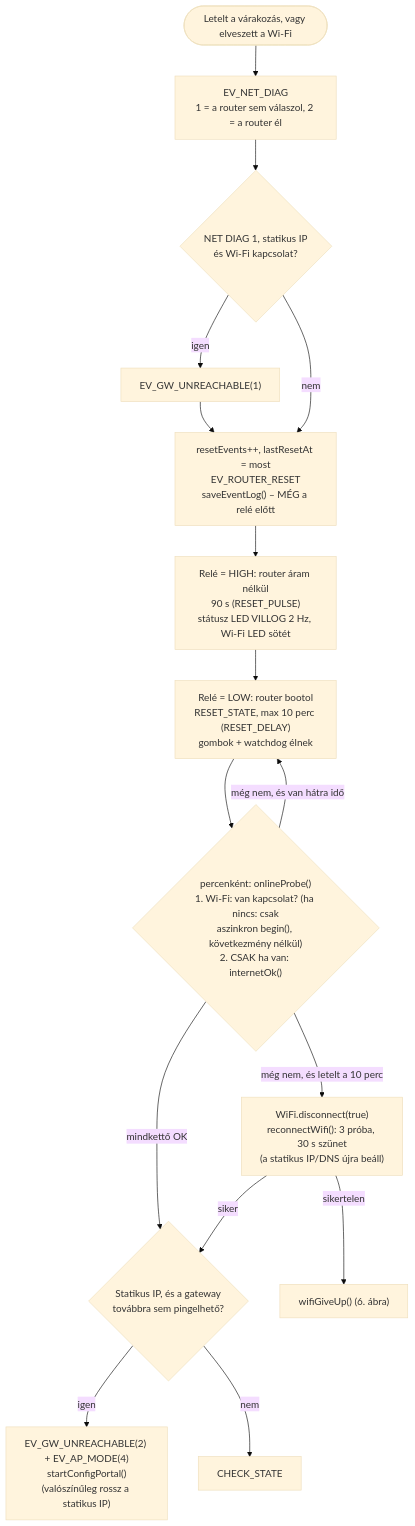
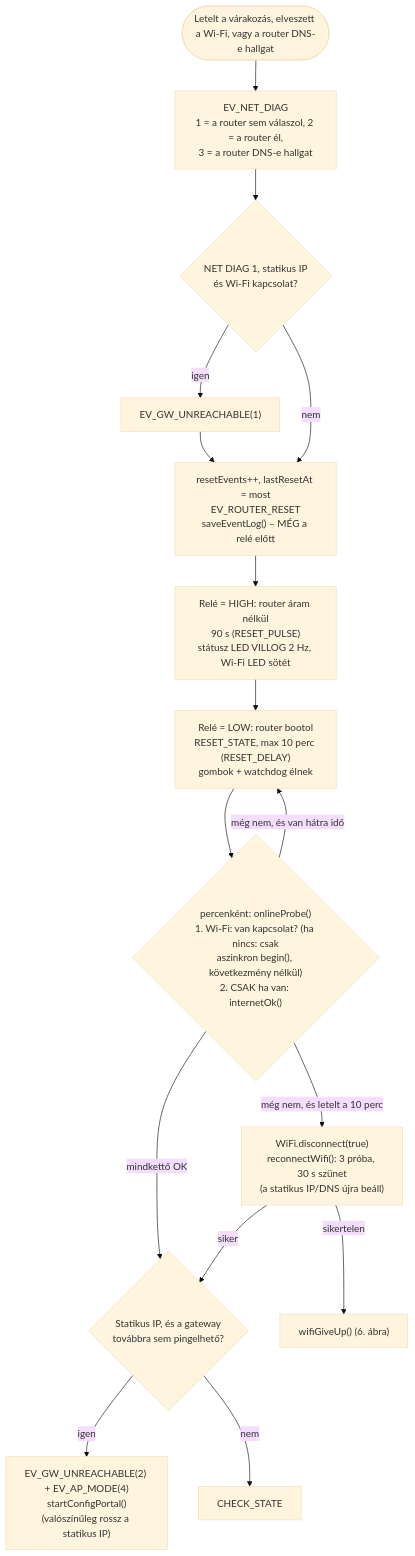
Before and after one commit to manszabi/bazsi-router-reboot: the sixth of 10 diagrams in FOLYAMATABRA.md, drawn with Mermaid (base theme). The commit also changed other lines of this file and 17 other files, not shown here.

First line of the commit message:
feat: a router DNS-enek ellenorzese

````diff
--- a/FOLYAMATABRA.md
+++ b/FOLYAMATABRA.md
@@ -177,17 +197,17 @@
 ```mermaid
 flowchart TD
-    IN([Letelt a várakozás, vagy elveszett a Wi-Fi]) --> D["EV_NET_DIAG<br>1 = a router sem válaszol, 2 = a router él"]
+    IN([Letelt a várakozás, elveszett a Wi-Fi, vagy a router DNS-e hallgat]) --> D["EV_NET_DIAG<br>1 = a router sem válaszol, 2 = a router él,<br>3 = a router DNS-e hallgat"]
     D --> GW1{"NET DIAG 1, statikus IP<br>és Wi-Fi kapcsolat?"}
     GW1 -->|igen| GWL["EV_GW_UNREACHABLE(1)"] --> CNT
     GW1 -->|nem| CNT["resetEvents++, lastResetAt = most<br>EV_ROUTER_RESET<br>saveEventLog() – MÉG a relé előtt"]
     CNT --> P1["Relé = HIGH: router áram nélkül<br>90 s (RESET_PULSE)<br>státusz LED VILLOG 2 Hz, Wi-Fi LED sötét"]
     P1 --> P2["Relé = LOW: router bootol<br>RESET_STATE, max 10 perc (RESET_DELAY)<br>gombok + watchdog élnek"]
     P2 --> PRB{"percenként: onlineProbe()<br>1. Wi-Fi: van kapcsolat? (ha nincs: csak<br>aszinkron begin(), következmény nélkül)<br>2. CSAK ha van: internetOk()"}
     PRB -->|"mindkettő OK"| GW2
     PRB -->|"még nem, és letelt a 10 perc"| P3["WiFi.disconnect(true)<br>reconnectWifi(): 3 próba, 30 s szünet<br>(a statikus IP/DNS újra beáll)"]
     PRB -->|"még nem, és van hátra idő"| P2
     P3 -->|sikertelen| GU["wifiGiveUp() (6. ábra)"]
     P3 -->|siker| GW2{"Statikus IP, és a gateway<br>továbbra sem pingelhető?"}
     GW2 -->|igen| APX["EV_GW_UNREACHABLE(2) + EV_AP_MODE(4)<br>startConfigPortal()<br>(valószínűleg rossz a statikus IP)"]
     GW2 -->|nem| OK["CHECK_STATE"]
 ```
````
